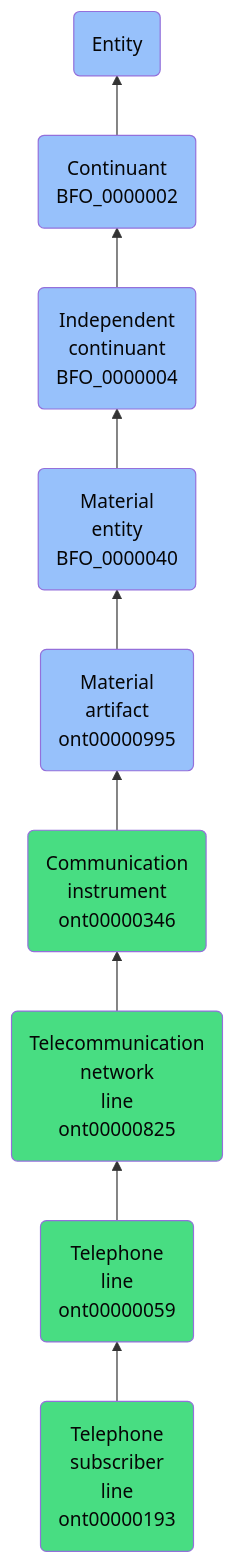
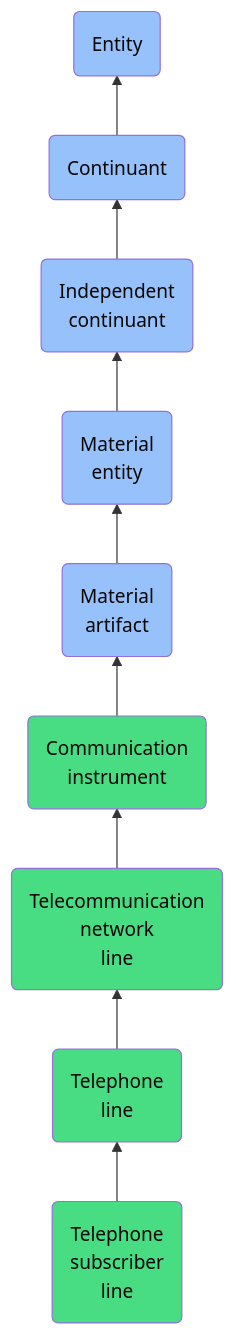
One commit to jupyter-naas/abi changed the diagram in docs/ontology/reference/model/Entity/Continuant/Independent continuant/Material entity/Material artifact/Communication instrument/Telecommunication network line/Telephone line/Telephone subscriber line/Telephone subscriber line.md. Above: the diagram before and after it, drawn with Mermaid. The commit also changed other lines of this file and 1430 other files, not shown here.

````diff
--- a/docs/ontology/reference/model/Entity/Continuant/Independent continuant/Material entity/Material artifact/Communication instrument/Telecommunication network line/Telephone line/Telephone subscriber line/Telephone subscriber line.md
+++ b/docs/ontology/reference/model/Entity/Continuant/Independent continuant/Material entity/Material artifact/Communication instrument/Telecommunication network line/Telephone line/Telephone subscriber line/Telephone subscriber line.md
@@ -24,16 +24,16 @@
 ```mermaid
 graph BT
-    ont00000193(Telephone<br>subscriber<br>line<br>ont00000193):::ABI-->ont00000059
-    ont00000059(Telephone<br>line<br>ont00000059):::ABI-->ont00000825
-    ont00000825(Telecommunication<br>network<br>line<br>ont00000825):::ABI-->ont00000346
-    ont00000346(Communication<br>instrument<br>ont00000346):::ABI-->ont00000995
-    ont00000995(Material<br>artifact<br>ont00000995):::BFO-->BFO_0000040
-    BFO_0000040(Material<br>entity<br>BFO_0000040):::BFO-->BFO_0000004
-    BFO_0000004(Independent<br>continuant<br>BFO_0000004):::BFO-->BFO_0000002
-    BFO_0000002(Continuant<br>BFO_0000002):::BFO-->BFO_0000001
+    ont00000193(Telephone<br>subscriber<br>line):::ABI-->ont00000059
+    ont00000059(Telephone<br>line):::ABI-->ont00000825
+    ont00000825(Telecommunication<br>network<br>line):::ABI-->ont00000346
+    ont00000346(Communication<br>instrument):::ABI-->ont00000995
+    ont00000995(Material<br>artifact):::BFO-->BFO_0000040
+    BFO_0000040(Material<br>entity):::BFO-->BFO_0000004
+    BFO_0000004(Independent<br>continuant):::BFO-->BFO_0000002
+    BFO_0000002(Continuant):::BFO-->BFO_0000001
     BFO_0000001(Entity):::BFO
     
     classDef BFO fill:#97c1fb,color:#060606
     classDef CCO fill:#e4c51e,color:#060606
     classDef ABI fill:#48DD82,color:#060606
 ```
````
